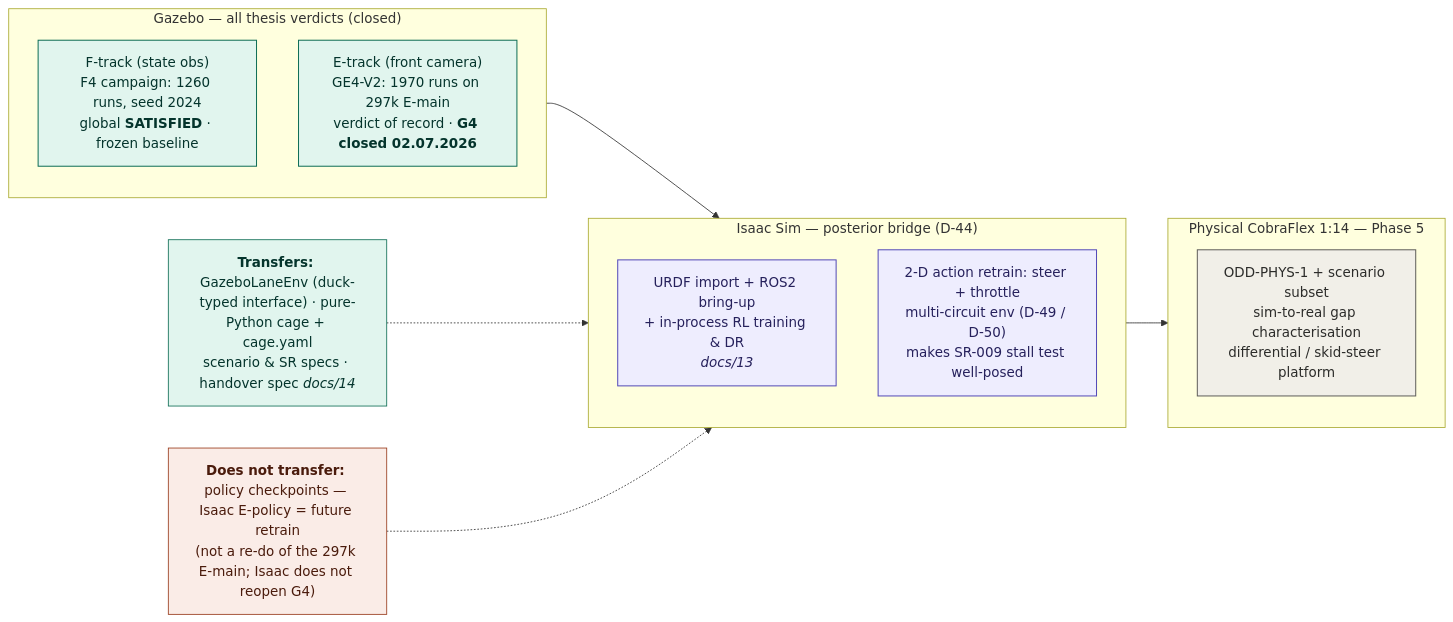
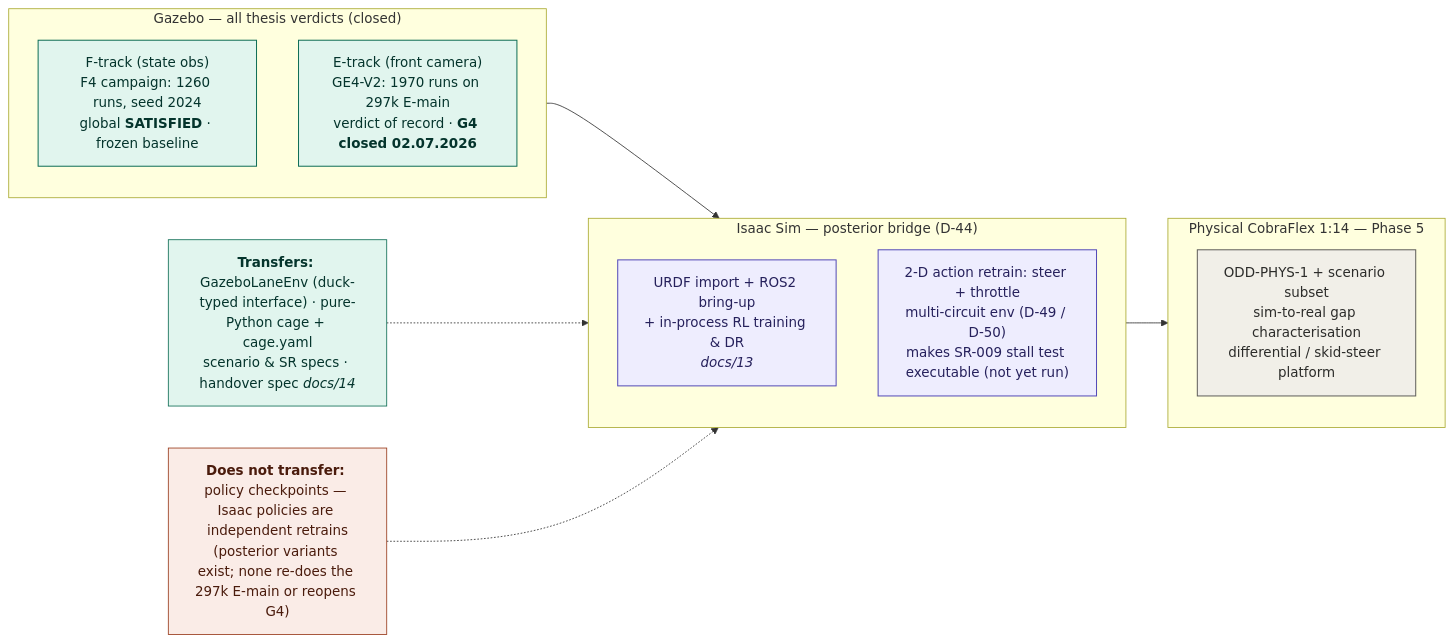
One commit to snchz46/MT-SE4AI-Safe-RL-Cobraflex changed the second of 2 diagrams in manuscript/chapters/chapter_08_experimental_evaluation.md. Above: the diagram before and after it, drawn with Mermaid. The commit also changed other lines of this file and 48 other files, not shown here.

````diff
--- a/manuscript/chapters/chapter_08_experimental_evaluation.md
+++ b/manuscript/chapters/chapter_08_experimental_evaluation.md
@@ -852,39 +950,39 @@
 ```mermaid
 %% Fuente canónica: manuscript/figures/sim2real_roadmap.mmd
 flowchart LR
     subgraph GZB ["Gazebo &mdash; all thesis verdicts (closed)"]
         direction TB
         F["F-track (state obs)<br/>F4 campaign: 1260 runs, seed 2024<br/>global <b>SATISFIED</b> &middot; frozen baseline"]
         E["E-track (front camera)<br/>GE4-V2: 1970 runs on 297k E-main<br/>verdict of record &middot; <b>G4 closed 02.07.2026</b>"]
     end
 
     subgraph ISC ["Isaac Sim &mdash; posterior bridge (D-44)"]
         direction TB
         I1["URDF import + ROS2 bring-up<br/>+ in-process RL training &amp; DR<br/><i>docs/13</i>"]
-        I2["2-D action retrain: steer + throttle<br/>multi-circuit env (D-49 / D-50)<br/>makes SR-009 stall test well-posed"]
+        I2["2-D action retrain: steer + throttle<br/>multi-circuit env (D-49 / D-50)<br/>makes SR-009 stall test executable (not yet run)"]
     end
 
     subgraph PHY ["Physical CobraFlex 1:14 &mdash; Phase 5"]
         direction TB
         P1["ODD-PHYS-1 + scenario subset<br/>sim-to-real gap characterisation<br/>differential / skid-steer platform"]
     end
 
     GZB --> ISC --> PHY
 
     T["<b>Transfers:</b> GazeboLaneEnv (duck-typed interface) &middot; pure-Python cage + cage.yaml<br/>scenario &amp; SR specs &middot; handover spec <i>docs/14</i>"]
-    NT["<b>Does not transfer:</b> policy checkpoints &mdash; Isaac E-policy = future retrain<br/>(not a re-do of the 297k E-main; Isaac does not reopen G4)"]
+    NT["<b>Does not transfer:</b> policy checkpoints &mdash; Isaac policies are independent retrains<br/>(posterior variants exist; none re-does the 297k E-main or reopens G4)"]
 
     T -.-> ISC
     NT -.-> ISC
 
     classDef closed  fill:#E1F5EE,stroke:#0F6E56,color:#04342C,stroke-width:1.2px;
     classDef post    fill:#EEEDFE,stroke:#534AB7,color:#26215C,stroke-width:1.2px;
     classDef future  fill:#F1EFE8,stroke:#5F5E5A,color:#2C2C2A,stroke-width:1.2px;
     classDef note_ok fill:#E1F5EE,stroke:#0F6E56,color:#04342C,stroke-width:1px;
     classDef note_no fill:#FAECE7,stroke:#993C1D,color:#4A1B0C,stroke-width:1px;
     class F,E closed;
     class I1,I2 post;
     class P1 future;
     class T note_ok;
     class NT note_no;
 ```
````
